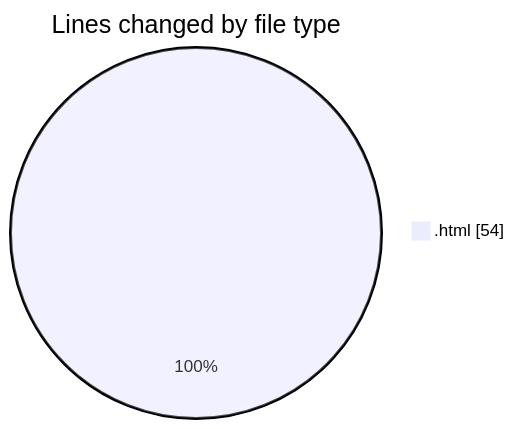
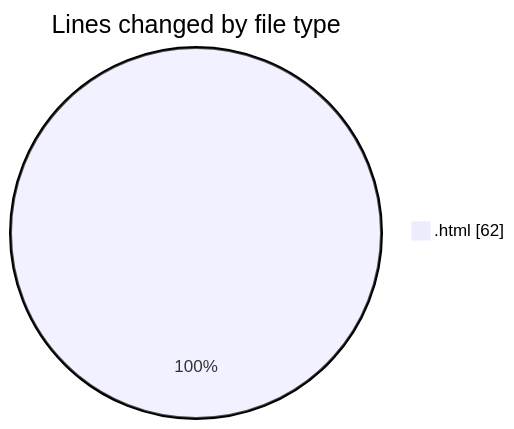
Before and after one commit to LanceThiago/code-tracking: the first of 2 diagrams in 2025-01-09/nueva_carpeta/README.md, drawn with Mermaid. The commit also changed other lines of this file and 1 other file, not shown here.

````diff
--- a/2025-01-09/nueva_carpeta/README.md
+++ b/2025-01-09/nueva_carpeta/README.md
@@ -20,5 +20,5 @@
 ```mermaid
 pie showData
 title Lines changed by file type
-".html" : 54
+".html" : 62
 ```
````
